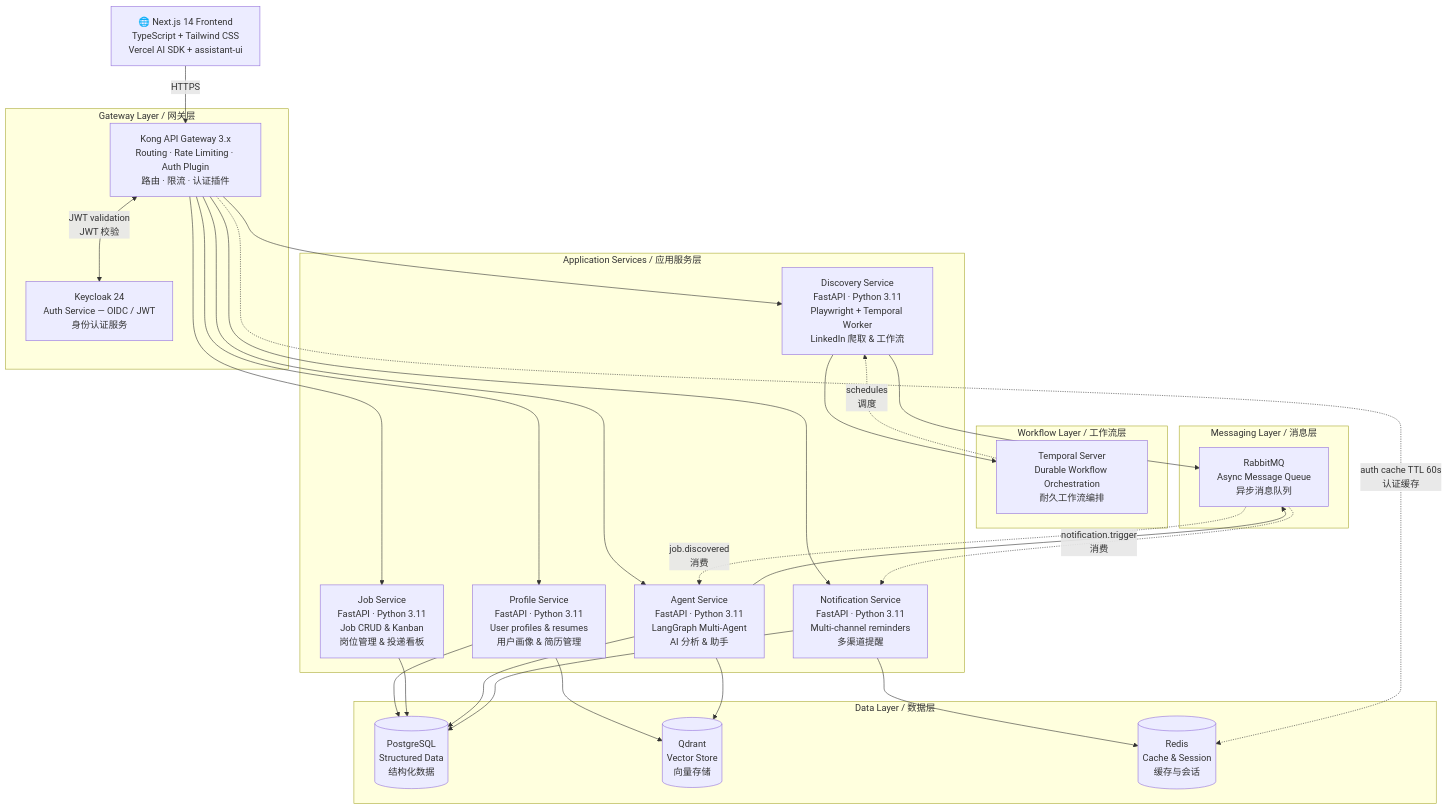
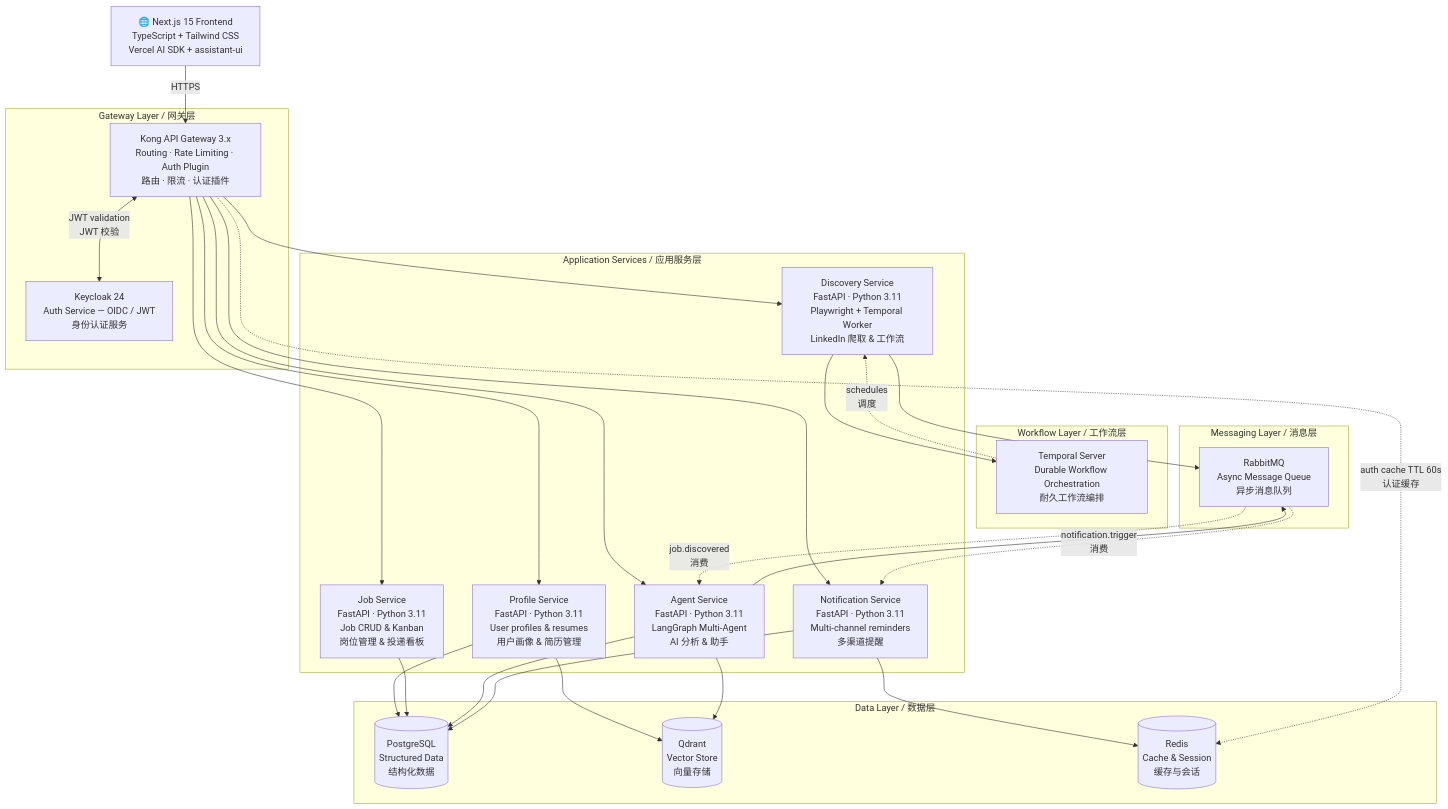
Before and after one commit to shangxiang0907/JobCopilot: the second of 13 diagrams in docs/SAD.md, drawn with Mermaid. The commit also changed other lines of this file and 3 other files, not shown here.

````diff
--- a/docs/SAD.md
+++ b/docs/SAD.md
@@ -49,46 +49,46 @@
 ```mermaid
 graph TB
-    Browser["🌐 Next.js 14 Frontend\nTypeScript + Tailwind CSS\nVercel AI SDK + assistant-ui"]
+    Browser["🌐 Next.js 15 Frontend\nTypeScript + Tailwind CSS\nVercel AI SDK + assistant-ui"]
 
     subgraph Gateway["Gateway Layer / 网关层"]
         Kong["Kong API Gateway 3.x\nRouting · Rate Limiting · Auth Plugin\n路由 · 限流 · 认证插件"]
         Keycloak["Keycloak 24\nAuth Service — OIDC / JWT\n身份认证服务"]
     end
 
     subgraph AppLayer["Application Services / 应用服务层"]
         ProfileSvc["Profile Service\nFastAPI · Python 3.11\nUser profiles & resumes\n用户画像 & 简历管理"]
         JobSvc["Job Service\nFastAPI · Python 3.11\nJob CRUD & Kanban\n岗位管理 & 投递看板"]
         DiscoverySvc["Discovery Service\nFastAPI · Python 3.11\nPlaywright + Temporal Worker\nLinkedIn 爬取 & 工作流"]
         AgentSvc["Agent Service\nFastAPI · Python 3.11\nLangGraph Multi-Agent\nAI 分析 & 助手"]
         NotifSvc["Notification Service\nFastAPI · Python 3.11\nMulti-channel reminders\n多渠道提醒"]
     end
 
     subgraph WorkflowLayer["Workflow Layer / 工作流层"]
         Temporal["Temporal Server\nDurable Workflow Orchestration\n耐久工作流编排"]
     end
 
     subgraph MsgLayer["Messaging Layer / 消息层"]
         RabbitMQ["RabbitMQ\nAsync Message Queue\n异步消息队列"]
     end
 
     subgraph DataLayer["Data Layer / 数据层"]
         PG[("PostgreSQL\nStructured Data\n结构化数据")]
         Qdrant[("Qdrant\nVector Store\n向量存储")]
         Redis[("Redis\nCache & Session\n缓存与会话")]
     end
 
     Browser -->|"HTTPS"| Kong
     Kong <-->|"JWT validation\nJWT 校验"| Keycloak
     Kong --> ProfileSvc & JobSvc & DiscoverySvc & AgentSvc & NotifSvc
 
     ProfileSvc --> PG & Qdrant
     JobSvc --> PG
     DiscoverySvc --> Temporal & RabbitMQ
     AgentSvc --> RabbitMQ & Qdrant & PG
     NotifSvc --> PG & Redis
 
     Temporal -.->|"schedules\n调度"| DiscoverySvc
     RabbitMQ -.->|"job.discovered\n消费"| AgentSvc
     RabbitMQ -.->|"notification.trigger\n消费"| NotifSvc
     Kong -.->|"auth cache TTL 60s\n认证缓存"| Redis
 ```
````
